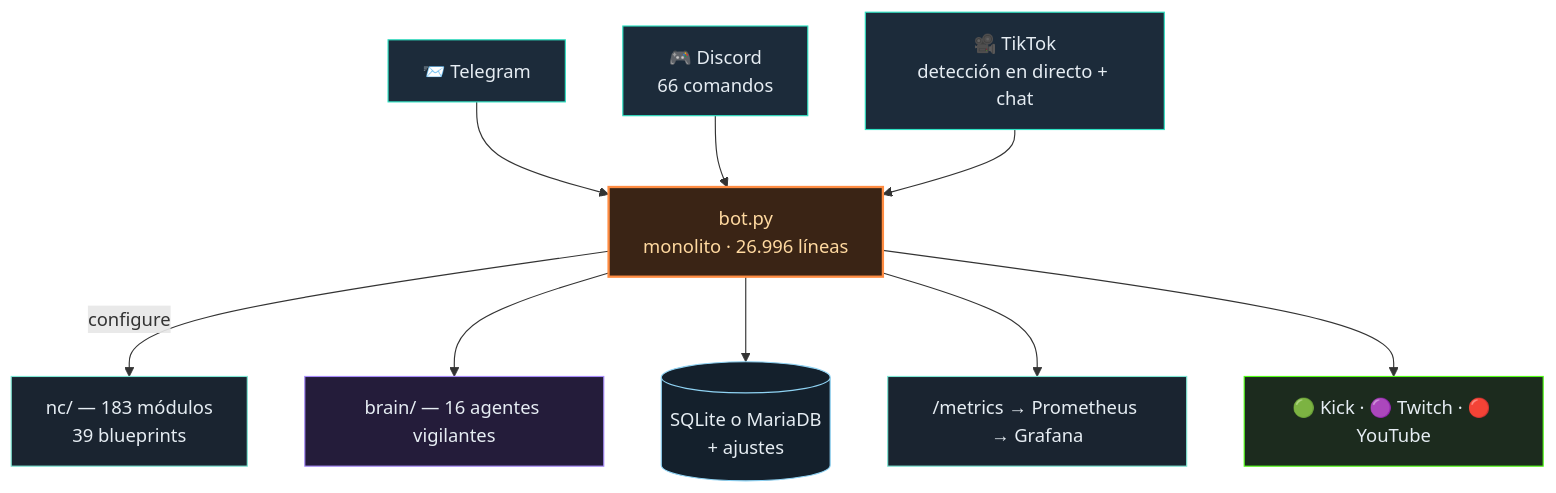
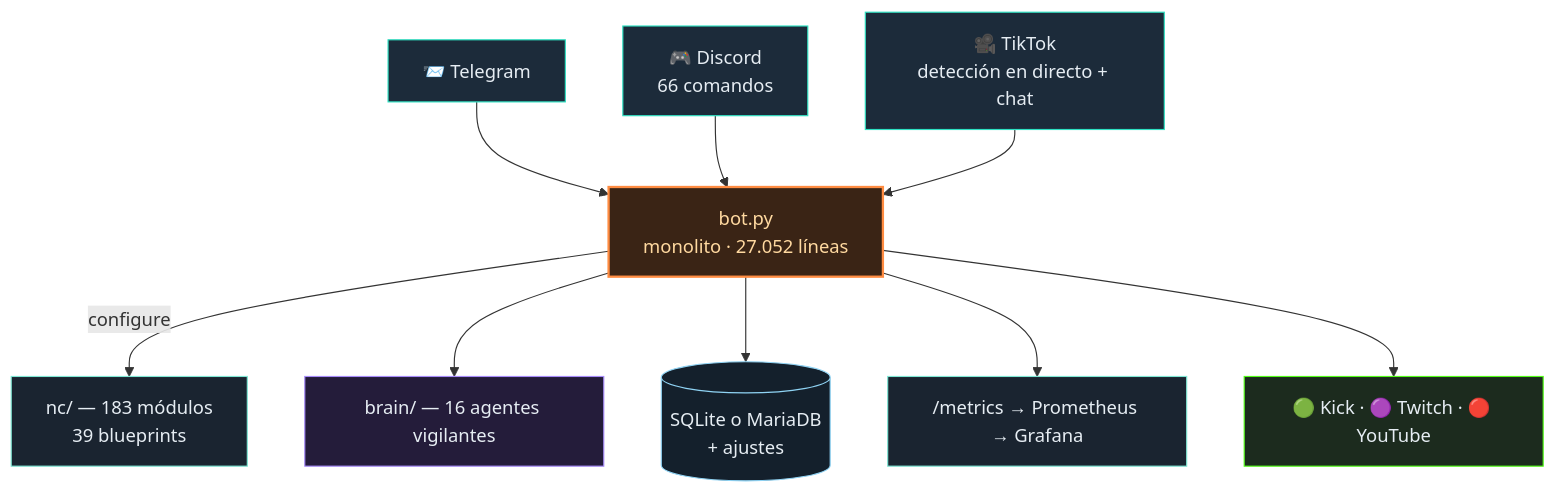
Before and after one commit to itsamemedev/Telegram-Stream-Info-Bot: the diagram in README.es.md, drawn with Mermaid. The commit also changed other lines of this file and 15 other files, not shown here.

````diff
--- a/README.es.md
+++ b/README.es.md
@@ -64,18 +64,18 @@
 ```mermaid
 flowchart TB
     TG["📨 Telegram"]:::ein --> BOT
     DC["🎮 Discord<br/>66 comandos"]:::ein --> BOT
     TT["🎥 TikTok<br/>detección en directo + chat"]:::ein --> BOT
-    BOT["bot.py<br/>monolito · 26.996 líneas"]:::core
+    BOT["bot.py<br/>monolito · 27.052 líneas"]:::core
     BOT -->|configure| NC["nc/ — 183 módulos<br/>39 blueprints"]:::lib
     BOT --> BRAIN["brain/ — 16 agentes vigilantes"]:::brain
     BOT --> DB[("SQLite o MariaDB<br/>+ ajustes")]:::db
     BOT --> PROM["/metrics → Prometheus → Grafana"]:::lib
     BOT --> OUT["🟢 Kick · 🟣 Twitch · 🔴 YouTube"]:::out
     classDef ein fill:#1c2b3a,stroke:#2de1c2,color:#e6edf3
     classDef core fill:#3a2415,stroke:#ff8c42,stroke-width:2px,color:#ffd9a0
     classDef lib fill:#1a2430,stroke:#7fe7d4,color:#e6edf3
     classDef brain fill:#241c3a,stroke:#a78bfa,color:#e6edf3
     classDef db fill:#14202c,stroke:#8fd3f4,color:#e6edf3
     classDef out fill:#1c2b1e,stroke:#53fc18,color:#e6edf3
 ```
````
